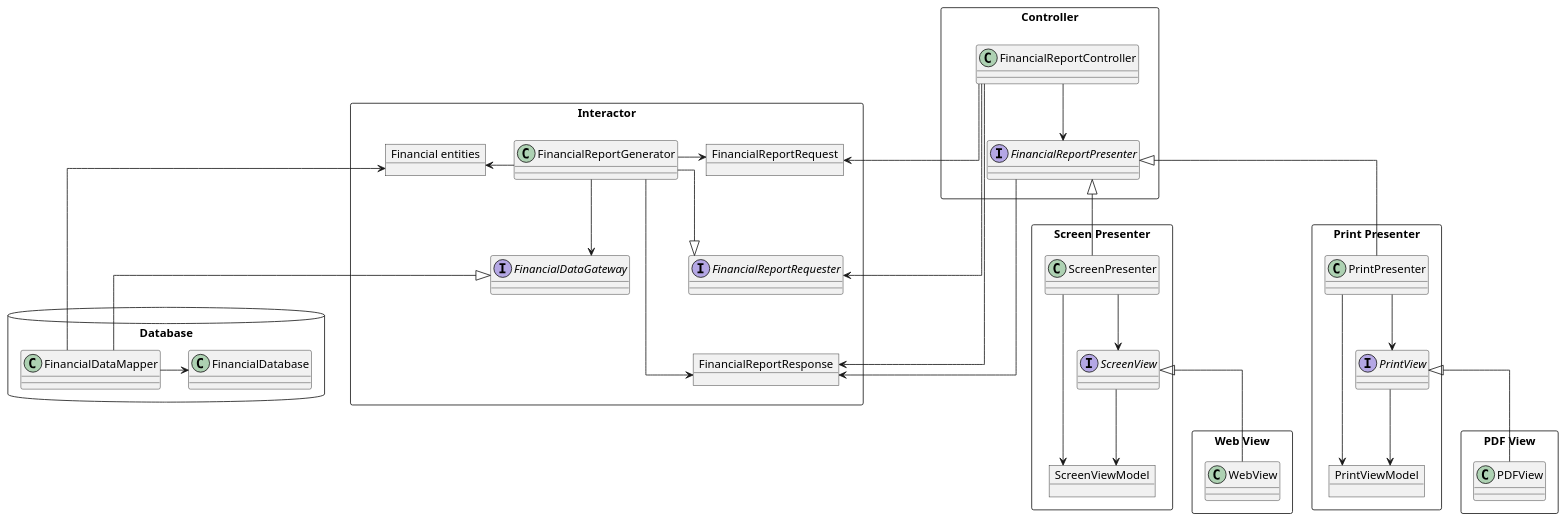
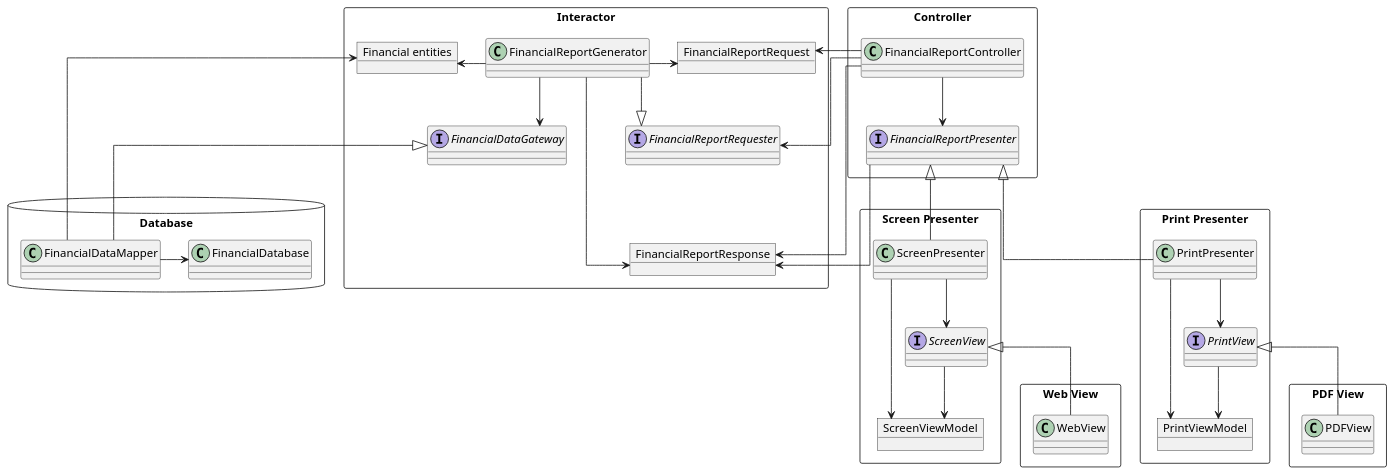
One commit to huland/logseq-notes changed the third of 3 diagrams in pages/Robert C. Martin - Clean Architecture A Craftsman's Guide to Software Structure and Design.md. Above: the diagram before and after it, drawn with PlantUML.

Commit message:
Auto saved by Logseq

```diff
--- a/pages/Robert C. Martin - Clean Architecture A Craftsman's Guide to Software Structure and Design.md
+++ b/pages/Robert C. Martin - Clean Architecture A Craftsman's Guide to Software Structure and Design.md
@@ -203,72 +203,71 @@
 				  @startuml
 				  skinparam linetype ortho
 				  package Interactor <<Rectangle>> {
 				    object FinancialReportRequest
 				    interface FinancialReportRequester
 				    object FinancialReportResponse
 				    class FinancialReportGenerator
 				    interface FinancialDataGateway
 				    object "Financial entities" as FinancialEntities
 				  }
 				  
 				  FinancialReportRequest -[hidden]d-> FinancialReportRequester
 				  FinancialReportRequester -[hidden]d-> FinancialReportResponse
 				  FinancialReportResponse -[hidden]u-> FinancialReportRequester
 				  
 				  FinancialReportGenerator -[hidden]r-> FinancialReportRequest
 				  FinancialReportGenerator -[hidden]r-> FinancialReportRequester
 				  FinancialReportGenerator -[hidden]r-> FinancialReportResponse
 				  FinancialReportGenerator -[hidden]d-> FinancialDataGateway
 				  FinancialReportGenerator -[hidden]r-> FinancialEntities
 				  
 				  package Controller <<Rectangle>> {
 				    class FinancialReportController 
 				    interface FinancialReportPresenter
 				  }
 				  package Database <<Database>> {
 				    class FinancialDataMapper 
 				    class FinancialDatabase
 				  }
 				  package "Screen Presenter" as ScreenPres <<Rectangle>> {
 				    class ScreenPresenter
 				    object ScreenViewModel
 				    interface ScreenView
 				  }
 				  package "Print Presenter" as PrintPres <<Rectangle>> {
 				    class PrintPresenter
 				    object PrintViewModel
 				    interface PrintView
 				  } 
 				  package "PDF View" as PDFV <<Rectangle>> {
 				    class PDFView
 				  } 
 				  package "Web View" as WebV <<Rectangle>> {
 				    class WebView
 				  } 
 				  
 				  FinancialReportGenerator -l-> FinancialReportRequest
 				  FinancialReportGenerator -r-> FinancialEntities
 				  FinancialReportGenerator -l-> FinancialReportResponse
 				  FinancialReportGenerator -d-> FinancialDataGateway
 				  FinancialReportGenerator -l-|> FinancialReportRequester
 				  FinancialDataMapper -r-> FinancialDatabase
 				  FinancialDataMapper -u-> FinancialEntities
 				  FinancialDataMapper -u-|> FinancialDataGateway
 				  FinancialReportController -d-> FinancialReportPresenter
 				  FinancialReportPresenter -r-> FinancialReportResponse
 				  FinancialReportController -r-> FinancialReportRequest
 				  FinancialReportController -r-> FinancialReportRequester
 				  FinancialReportController -r-> FinancialReportResponse
 				  ScreenPresenter -d-> ScreenView
 				  ScreenView -d-> ScreenViewModel
 				  ScreenPresenter -d-> ScreenViewModel
 				  ScreenPresenter -u-|> FinancialReportPresenter
 				  PrintPresenter -d-> PrintView
 				  PrintView -d-> PrintViewModel
 				  PrintPresenter -d-> PrintViewModel
 				  PrintPresenter -u-|> FinancialReportPresenter
 				  WebView -u-|> ScreenView
 				  PDFView -u-|> PrintView
 				  
-				  Controller -[hidden]-> Interactor
 				  @enduml
```
